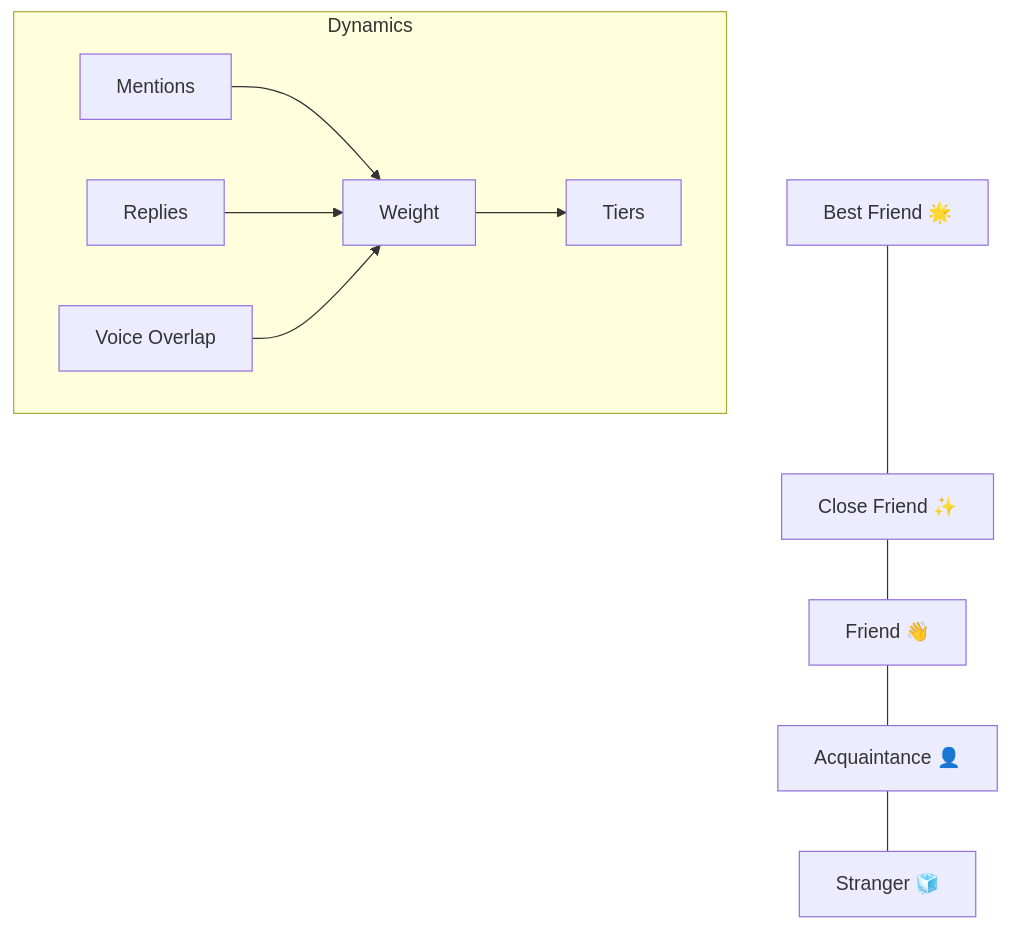
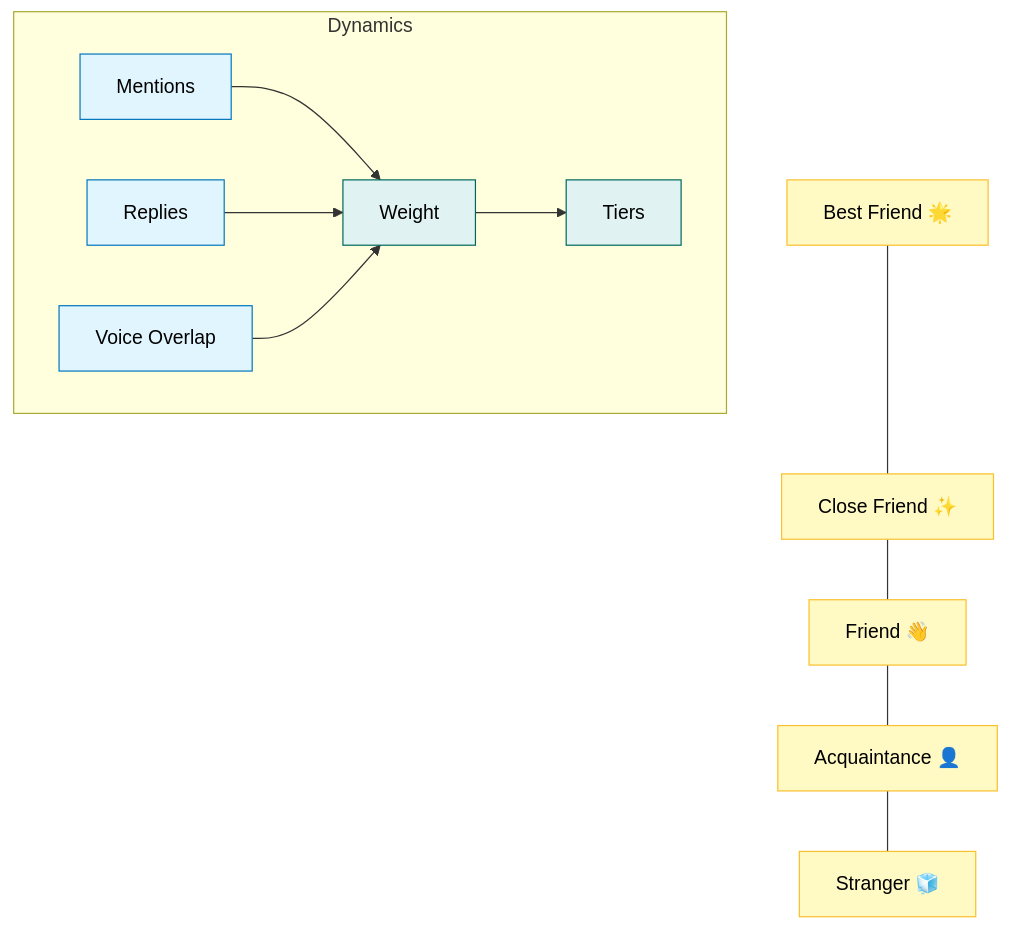
One commit to BokX1/Sage changed the second of 2 diagrams in docs/architecture/memory_system.md. Above: the diagram before and after it, drawn with Mermaid. The commit also changed other lines of this file and 10 other files, not shown here.

````diff
--- a/docs/architecture/memory_system.md
+++ b/docs/architecture/memory_system.md
@@ -151,14 +157,19 @@
 ```mermaid
 graph TD
-    A[Best Friend 🌟] --- B[Close Friend ✨]
-    B --- C[Friend 👋]
-    C --- D[Acquaintance 👤]
-    D --- E[Stranger 🧊]
+    %% Styling
+    classDef tier fill:#fff9c4,stroke:#fbc02d,color:black
+    classDef input fill:#e1f5fe,stroke:#0277bd,color:black
+    classDef logic fill:#e0f2f1,stroke:#00695c,color:black
+
+    A[Best Friend 🌟]:::tier --- B[Close Friend ✨]:::tier
+    B --- C[Friend 👋]:::tier
+    C --- D[Acquaintance 👤]:::tier
+    D --- E[Stranger 🧊]:::tier
 
     subgraph Dynamics
-    F[Mentions] --> Weight
-    G[Replies] --> Weight
-    H[Voice Overlap] --> Weight
-    Weight --> Tiers
+    F[Mentions]:::input --> Weight:::logic
+    G[Replies]:::input --> Weight
+    H[Voice Overlap]:::input --> Weight
+    Weight --> Tiers:::logic
     end
 ```
````
